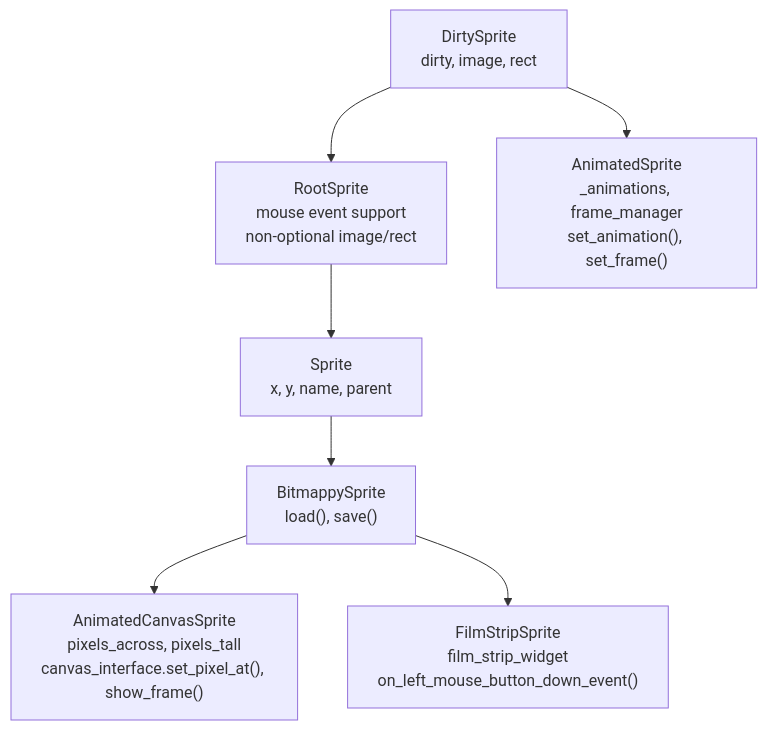
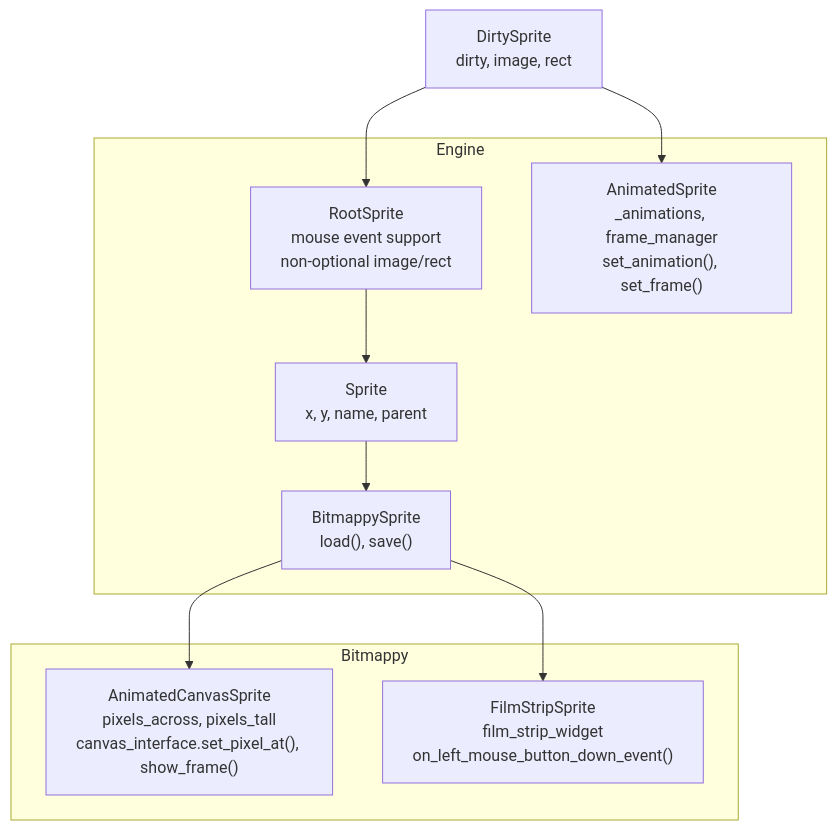
One commit to terrysimons/glitchygames changed the fourth of 10 diagrams in docs/architecture/bitmappy.md. Above: the diagram before and after it, drawn with Mermaid. The commit also changed other lines of this file and 5 other files, not shown here.

First line of the commit message:
Docs: every diagram that mixes engine and game code shows the split

````diff
--- a/docs/architecture/bitmappy.md
+++ b/docs/architecture/bitmappy.md
@@ -169,10 +188,18 @@
 ```mermaid
 flowchart TD
     DS["DirtySprite\ndirty, image, rect"]
-    DS --> RS["RootSprite\nmouse event support\nnon-optional image/rect"]
-    RS --> SP["Sprite\nx, y, name, parent"]
-    SP --> BS["BitmappySprite\nload#40;#41;, save#40;#41;"]
-    BS --> ACS["AnimatedCanvasSprite\npixels_across, pixels_tall\ncanvas_interface.set_pixel_at#40;#41;, show_frame#40;#41;"]
-    BS --> FSS["FilmStripSprite\nfilm_strip_widget\non_left_mouse_button_down_event#40;#41;"]
-    DS --> AS["AnimatedSprite\n_animations, frame_manager\nset_animation#40;#41;, set_frame#40;#41;"]
+    subgraph ENGINE_SPRITE_HIERARCHY["Engine"]
+        RS["RootSprite\nmouse event support\nnon-optional image/rect"]
+        RS --> SP["Sprite\nx, y, name, parent"]
+        SP --> BS["BitmappySprite\nload#40;#41;, save#40;#41;"]
+        AS["AnimatedSprite\n_animations, frame_manager\nset_animation#40;#41;, set_frame#40;#41;"]
+    end
+    subgraph APP_SPRITE_HIERARCHY["Bitmappy"]
+        ACS["AnimatedCanvasSprite\npixels_across, pixels_tall\ncanvas_interface.set_pixel_at#40;#41;, show_frame#40;#41;"]
+        FSS["FilmStripSprite\nfilm_strip_widget\non_left_mouse_button_down_event#40;#41;"]
+    end
+    DS --> RS
+    DS --> AS
+    BS --> ACS
+    BS --> FSS
 ```
````
